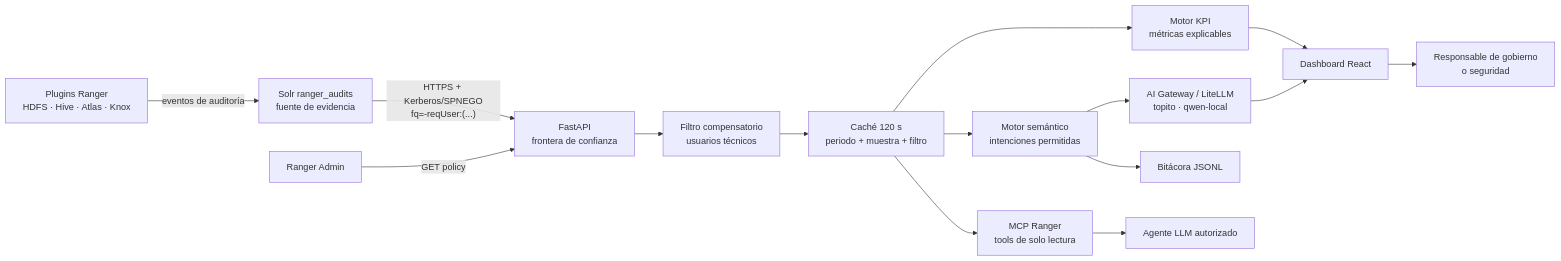
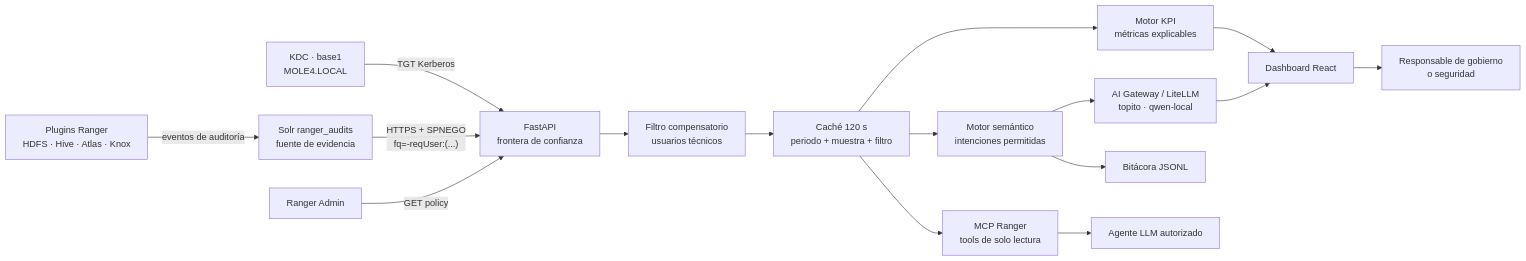
Before and after one commit to smerchanmole/amp-ranger-dashboard: the first of 2 diagrams in README.md, drawn with Mermaid. The commit also changed other lines of this file, not shown here.

Commit message:
docs: document validated Kerberos Solr integration

````diff
--- a/README.md
+++ b/README.md
@@ -23,17 +25,18 @@
 ```mermaid
 flowchart LR
     P["Plugins Ranger<br/>HDFS · Hive · Atlas · Knox"] -->|"eventos de auditoría"| S["Solr ranger_audits<br/>fuente de evidencia"]
-    S -->|"HTTPS + Kerberos/SPNEGO<br/>fq=-reqUser:(...)"| A["FastAPI<br/>frontera de confianza"]
+    KD["KDC · base1<br/>MOLE4.LOCAL"] -->|"TGT Kerberos"| A["FastAPI<br/>frontera de confianza"]
+    S -->|"HTTPS + SPNEGO<br/>fq=-reqUser:(...)"| A
     R["Ranger Admin"] -->|"GET policy"| A
     A --> F["Filtro compensatorio<br/>usuarios técnicos"]
     F --> C["Caché 120 s<br/>periodo + muestra + filtro"]
     C --> K["Motor KPI<br/>métricas explicables"]
     C --> N["Motor semántico<br/>intenciones permitidas"]
     N --> G["AI Gateway / LiteLLM<br/>topito · qwen-local"]
     C --> M["MCP Ranger<br/>tools de solo lectura"]
     K --> W["Dashboard React"]
     G --> W
     W --> U["Responsable de gobierno<br/>o seguridad"]
     N --> L["Bitácora JSONL"]
     M --> X["Agente LLM autorizado"]
 ```
````
